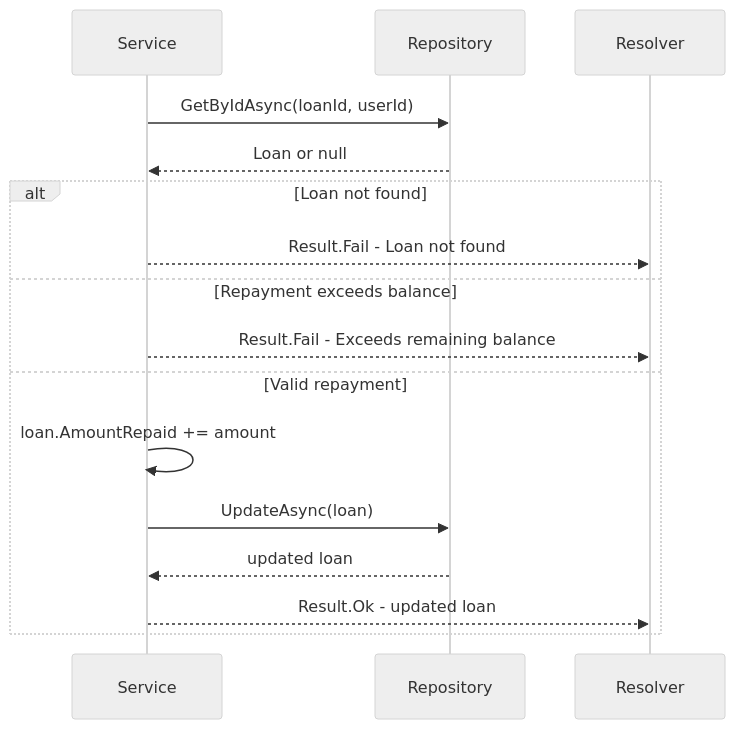
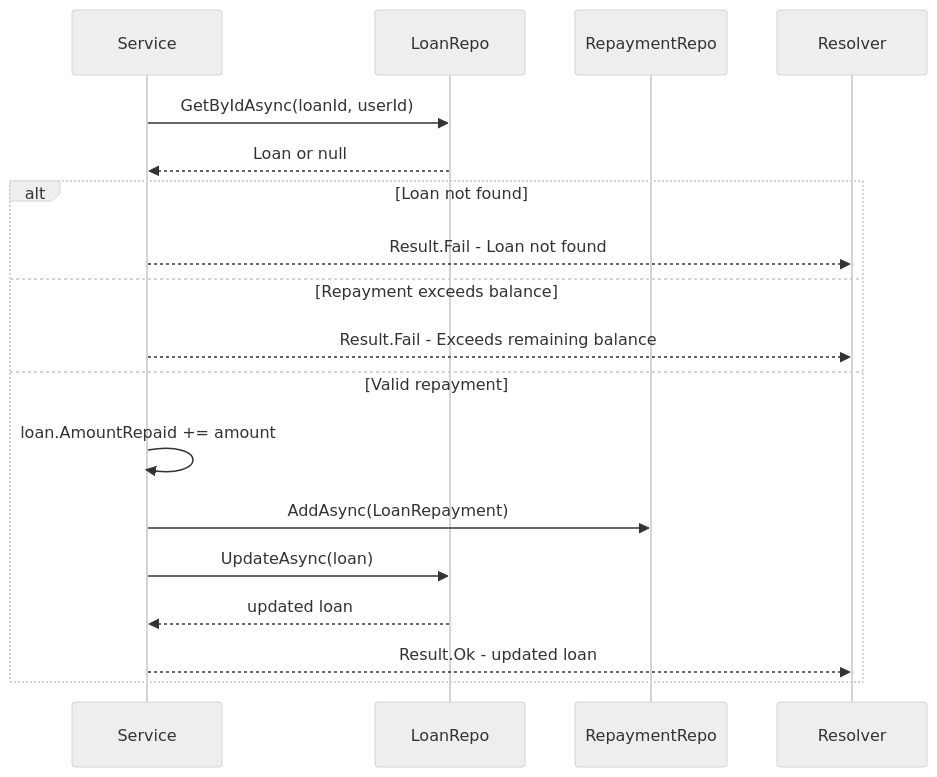
One commit to dev-personal-projects/vela changed the seventh of 8 diagrams in docs/phases/PHASE-3-application.md. Above: the diagram before and after it, drawn with Mermaid (neutral theme). The commit also changed other lines of this file and 4 other files, not shown here.

````diff
--- a/docs/phases/PHASE-3-application.md
+++ b/docs/phases/PHASE-3-application.md
@@ -164,19 +173,21 @@
 ```mermaid
 sequenceDiagram
     participant Service
-    participant Repository
+    participant LoanRepo
+    participant RepaymentRepo
 
-    Service->>Repository: GetByIdAsync(loanId, userId)
-    Repository-->>Service: Loan or null
+    Service->>LoanRepo: GetByIdAsync(loanId, userId)
+    LoanRepo-->>Service: Loan or null
 
     alt Loan not found
         Service-->>Resolver: Result.Fail - Loan not found
     else Repayment exceeds balance
         Service-->>Resolver: Result.Fail - Exceeds remaining balance
     else Valid repayment
         Service->>Service: loan.AmountRepaid += amount
-        Service->>Repository: UpdateAsync(loan)
-        Repository-->>Service: updated loan
+        Service->>RepaymentRepo: AddAsync(LoanRepayment)
+        Service->>LoanRepo: UpdateAsync(loan)
+        LoanRepo-->>Service: updated loan
         Service-->>Resolver: Result.Ok - updated loan
     end
 ```
````
